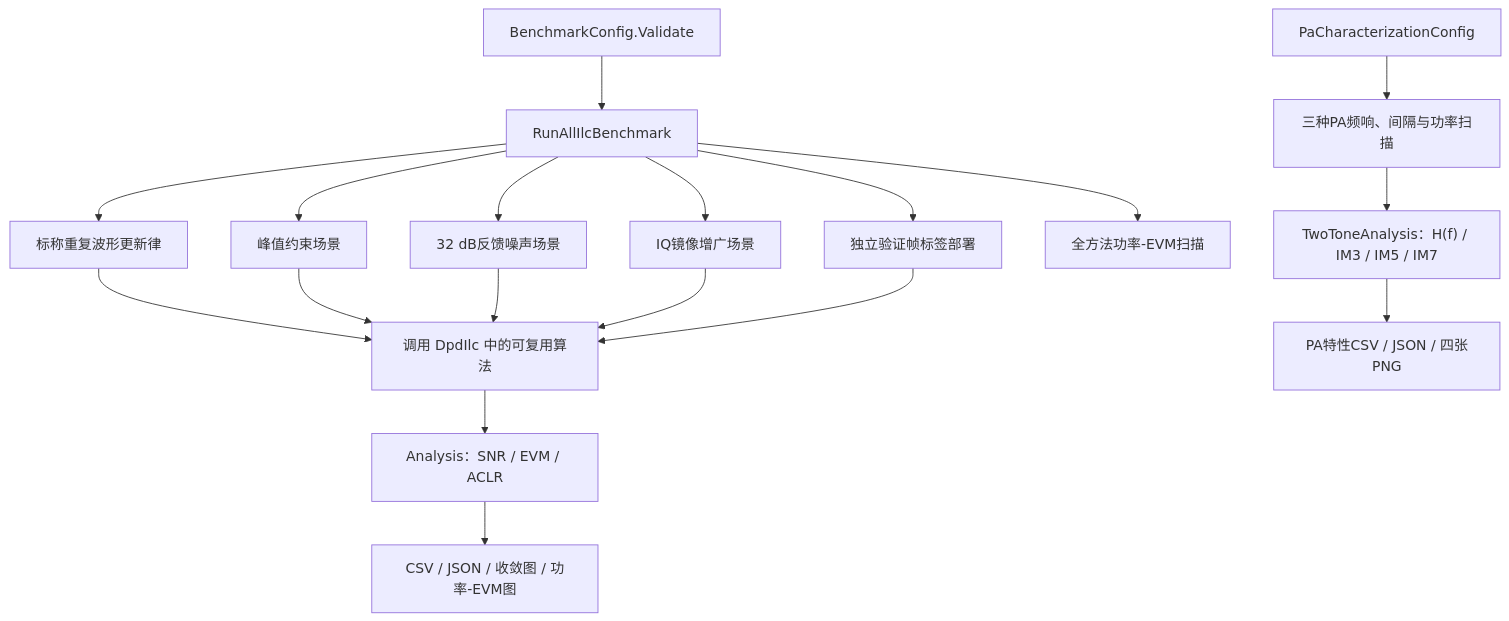
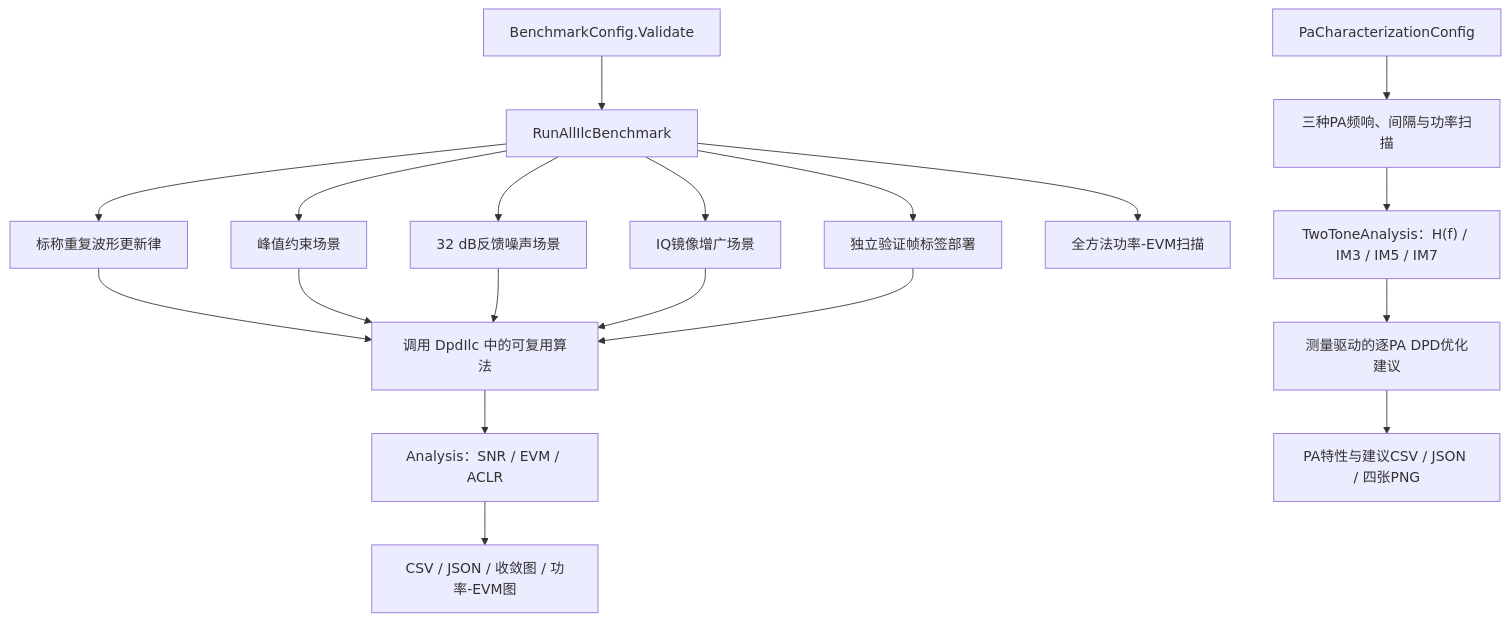
Before and after one commit to niyilu45/DPD_ILC: diagram 14 of 18 in README.md, drawn with Mermaid. The commit also changed other lines of this file and 7 other files, not shown here.

````diff
--- a/README.md
+++ b/README.md
@@ -646,20 +646,21 @@
 ```mermaid
 flowchart TD
     config["BenchmarkConfig.Validate"] --> benchmark["RunAllIlcBenchmark"]
     benchmark --> nominal["标称重复波形更新律"]
     benchmark --> constrained["峰值约束场景"]
     benchmark --> noisy["32 dB反馈噪声场景"]
     benchmark --> iq["IQ镜像增广场景"]
     benchmark --> heldout["独立验证帧标签部署"]
     benchmark --> power["全方法功率-EVM扫描"]
     paCharacterization["PaCharacterizationConfig"] --> paSweep["三种PA频响、间隔与功率扫描"]
     nominal --> algorithms["调用 DpdIlc 中的可复用算法"]
     constrained --> algorithms
     noisy --> algorithms
     iq --> algorithms
     heldout --> algorithms
     algorithms --> analysis["Analysis：SNR / EVM / ACLR"]
     analysis --> report["CSV / JSON / 收敛图 / 功率-EVM图"]
     paSweep --> toneAnalysis["TwoToneAnalysis：H(f) / IM3 / IM5 / IM7"]
-    toneAnalysis --> paReport["PA特性CSV / JSON / 四张PNG"]
+    toneAnalysis --> paAdvice["测量驱动的逐PA DPD优化建议"]
+    paAdvice --> paReport["PA特性与建议CSV / JSON / 四张PNG"]
 ```
````
